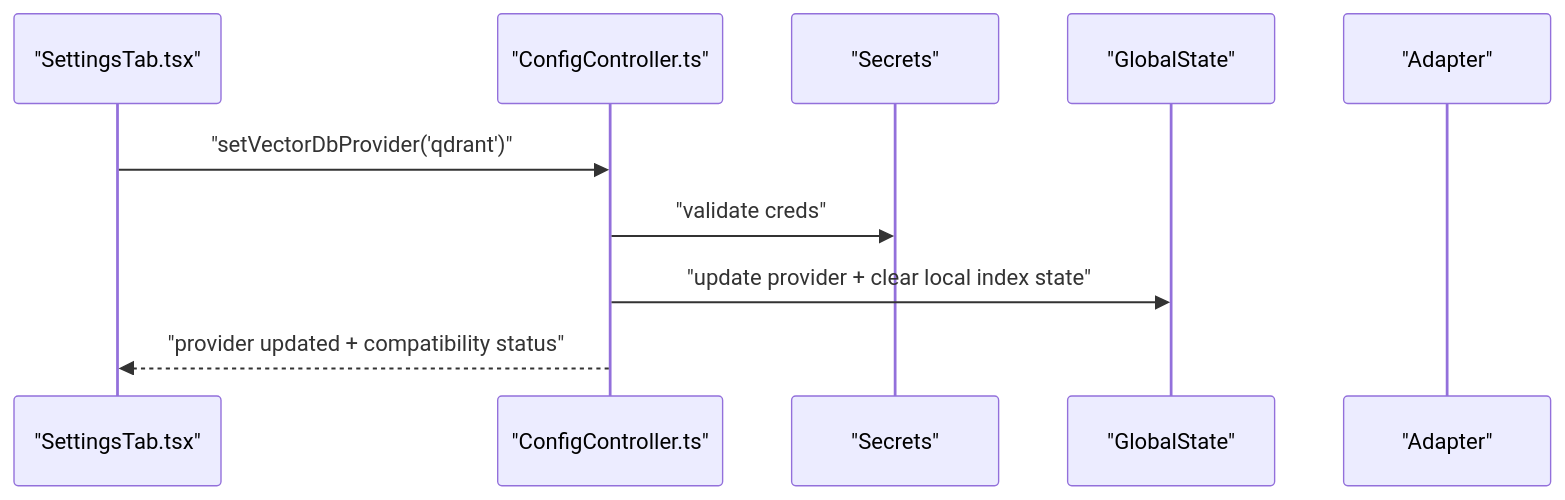
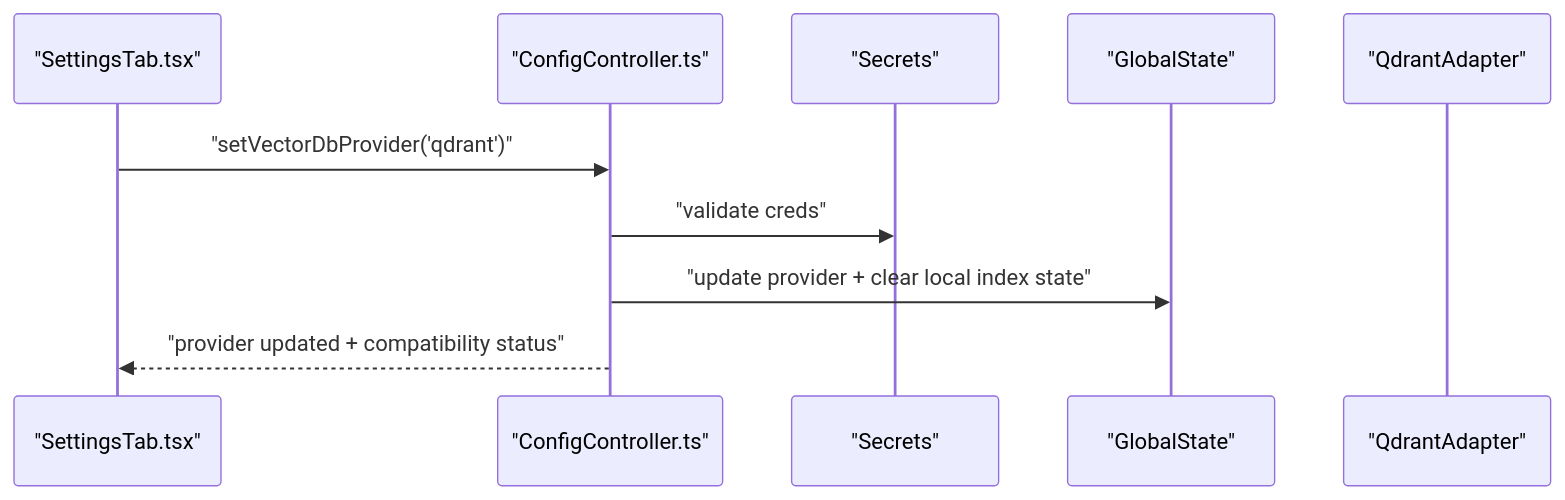
Before and after one commit to bramburn/repomix-runner: the eighth of 9 diagrams in .qoder/repowiki/en/content/Indexing and Search System/Vector Database Adapters.md, drawn with Mermaid. The commit also changed other lines of this file and 9 other files, not shown here.

````diff
--- a/.qoder/repowiki/en/content/Indexing and Search System/Vector Database Adapters.md
+++ b/.qoder/repowiki/en/content/Indexing and Search System/Vector Database Adapters.md
@@ -364,12 +309,12 @@
 ```mermaid
 sequenceDiagram
 participant UI as "SettingsTab.tsx"
 participant C as "ConfigController.ts"
 participant S as "Secrets"
 participant G as "GlobalState"
-participant A as "Adapter"
+participant A as "QdrantAdapter"
 UI->>C : "setVectorDbProvider('qdrant')"
 C->>S : "validate creds"
 C->>G : "update provider + clear local index state"
 C-->>UI : "provider updated + compatibility status"
 ```
````
